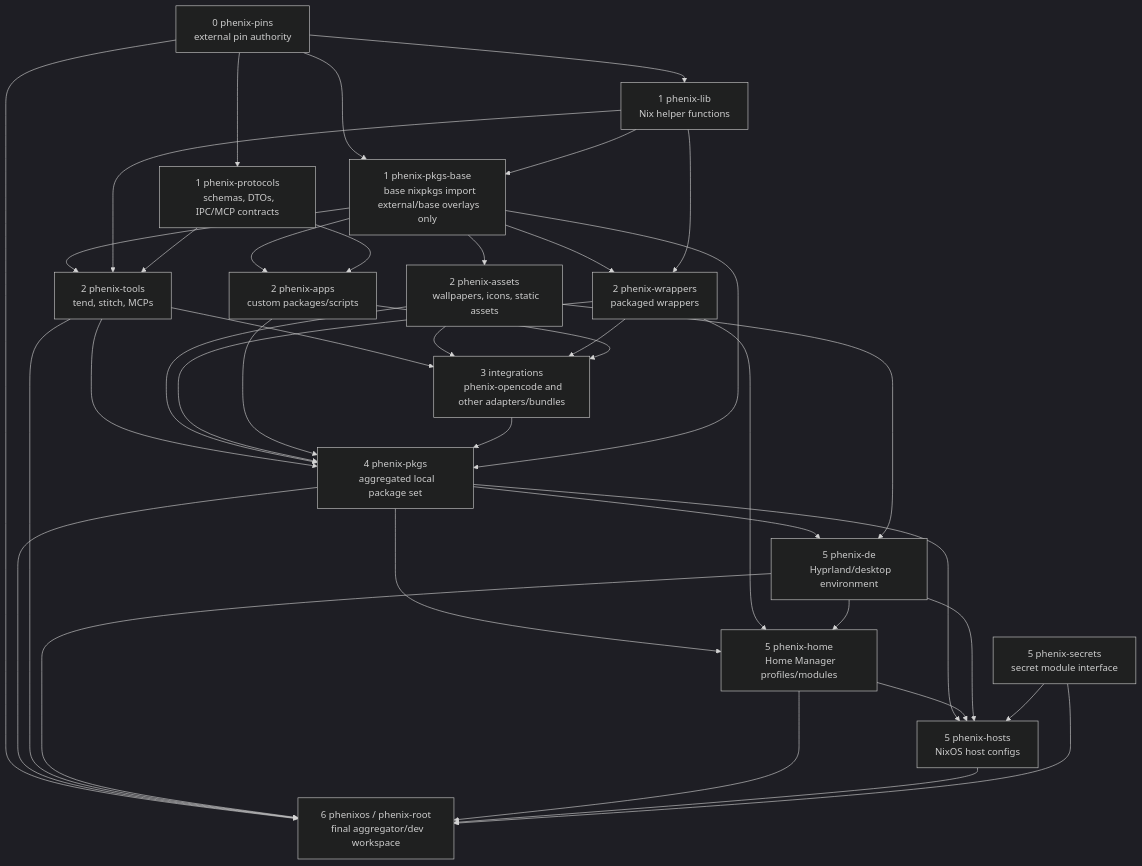
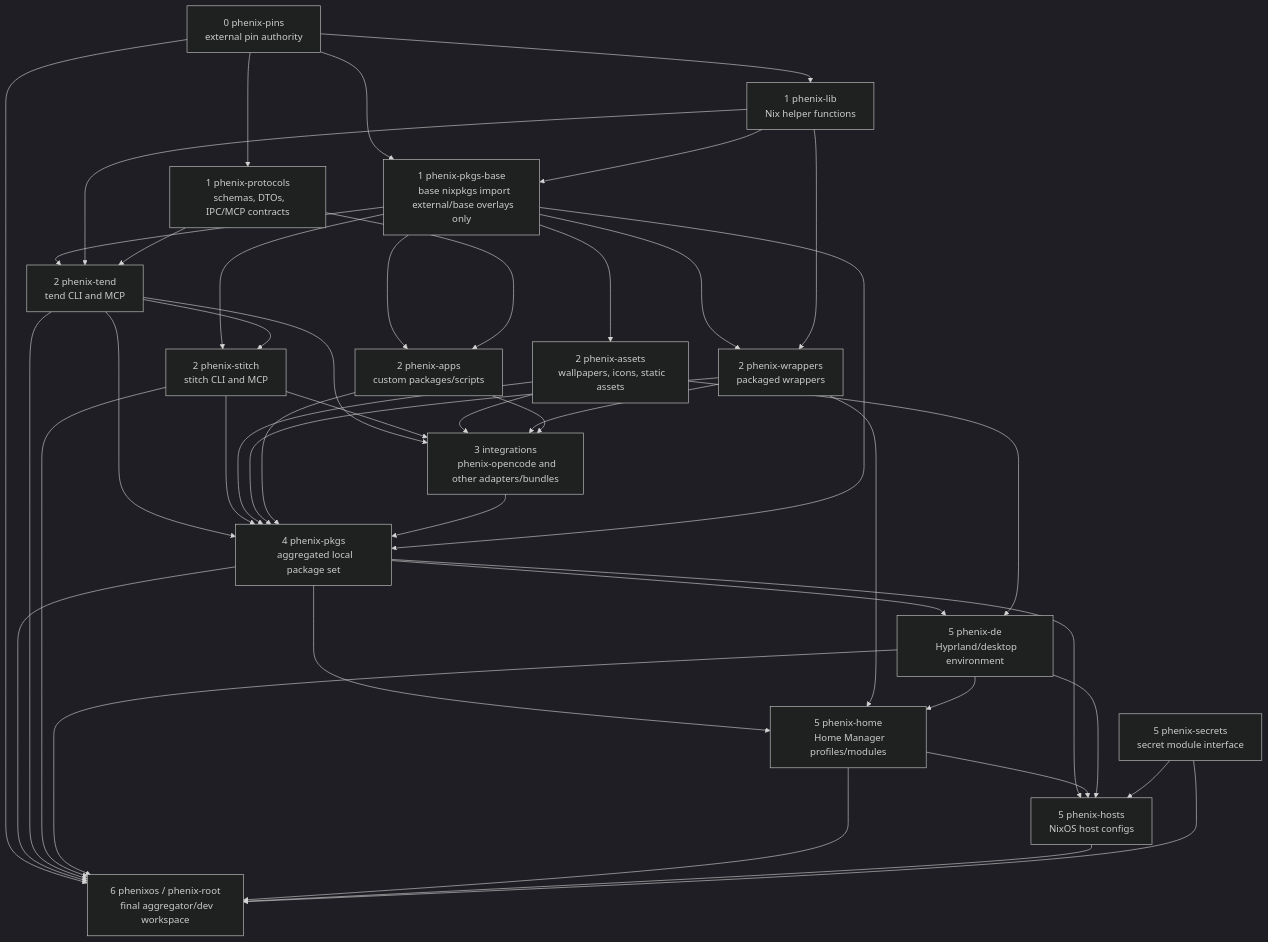
One commit to matthis-k/phenix changed the third of 10 diagrams in docs/architecture/flake-topology.md. Above: the diagram before and after it, drawn with Mermaid (dark theme). The commit also changed other lines of this file and 15 other files, not shown here.

Commit message:
Update aggregate for split tend and stitch flakes

```diff
--- a/docs/architecture/flake-topology.md
+++ b/docs/architecture/flake-topology.md
@@ -89,8 +89,11 @@
   Protocols["1 phenix-protocols
   schemas, DTOs, IPC/MCP contracts"]
 
-  Tools["2 phenix-tools
-  tend, stitch, MCPs"]
+  Tend["2 phenix-tend
+  tend CLI and MCP"]
+
+  Stitch["2 phenix-stitch
+  stitch CLI and MCP"]
 
   Assets["2 phenix-assets
   wallpapers, icons, static assets"]
@@ -128,22 +131,26 @@
 
   Lib --> BasePkgs
 
-  BasePkgs --> Tools
+  BasePkgs --> Tend
+  BasePkgs --> Stitch
   BasePkgs --> Assets
   BasePkgs --> Wrappers
   BasePkgs --> Apps
 
-  Lib --> Tools
+  Lib --> Tend
   Lib --> Wrappers
-  Protocols --> Tools
+  Protocols --> Tend
   Protocols --> Apps
 
-  Tools --> Integrations
+  Tend --> Stitch
+  Tend --> Integrations
+  Stitch --> Integrations
   Assets --> Integrations
   Wrappers --> Integrations
   Apps --> Integrations
 
-  Tools --> Pkgs
+  Tend --> Pkgs
+  Stitch --> Pkgs
   Assets --> Pkgs
   Wrappers --> Pkgs
   Apps --> Pkgs
@@ -164,7 +171,8 @@
 
   Pins --> Root
   Pkgs --> Root
-  Tools --> Root
+  Tend --> Root
+  Stitch --> Root
   DE --> Root
   Home --> Root
   Hosts --> Root
```
